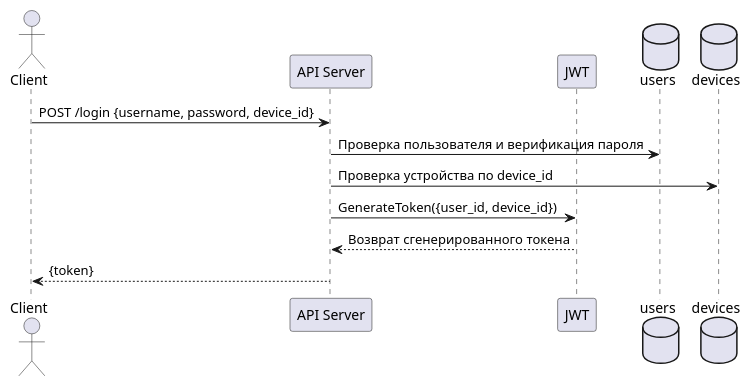
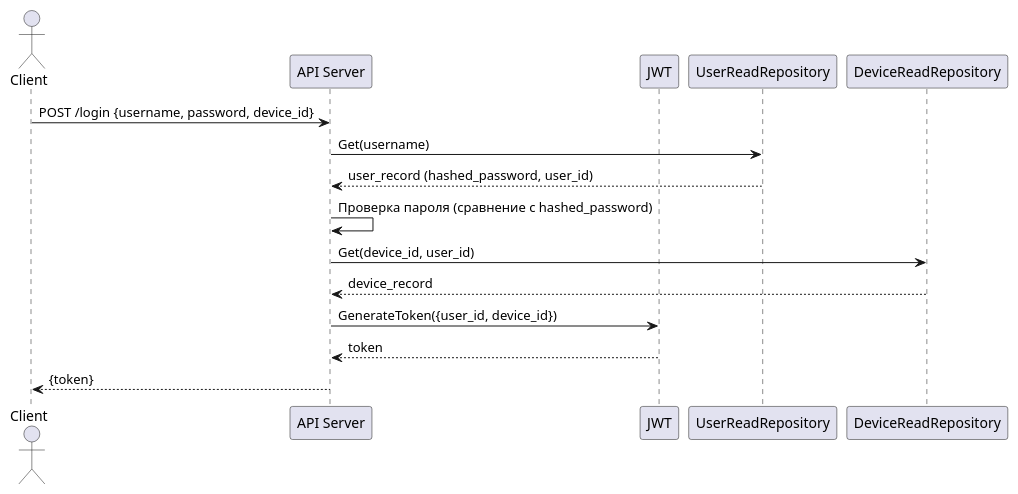
The diagram in docs/login.puml (sbilibin2017/gophkeeper), drawn with PlantUML before and after one commit. The commit also changed 10 other files, not shown here.

```diff
--- a/docs/login.puml
+++ b/docs/login.puml
@@ -1,27 +1,22 @@
 @startuml
-' Актор — клиентское приложение (CLI, Desktop, Mobile и т.д.)
 actor Client
-
-' Участники взаимодействия
 participant "API Server" as Server
 participant JWT
-database "users" as Users
-database "devices" as Devices
+participant "UserReadRepository" as UserRead
+participant "DeviceReadRepository" as DeviceRead
 
-' Клиент отправляет запрос на авторизацию, передавая логин, пароль и ID устройства
 Client -> Server: POST /login {username, password, device_id}
 
-' Сервер проверяет существование пользователя и валидирует пароль
-Server -> Users: Проверка пользователя и верификация пароля
+Server -> UserRead: Get(username)
+UserRead --> Server: user_record (hashed_password, user_id)
 
-' Сервер проверяет, зарегистрировано ли устройство у данного пользователя
-Server -> Devices: Проверка устройства по device_id
+Server -> Server: Проверка пароля (сравнение с hashed_password)
 
-' Генерация JWT-токена с данными пользователя и устройства
+Server -> DeviceRead: Get(device_id, user_id)
+DeviceRead --> Server: device_record
+
 Server -> JWT: GenerateToken({user_id, device_id})
-JWT --> Server: Возврат сгенерированного токена
+JWT --> Server: token
 
-' Сервер отправляет токен клиенту
 Server --> Client: {token}
-
 @enduml
```
